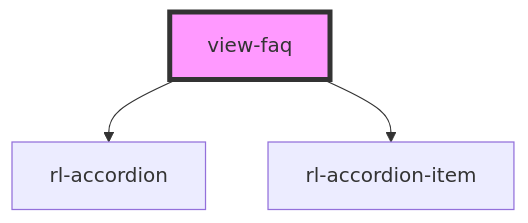
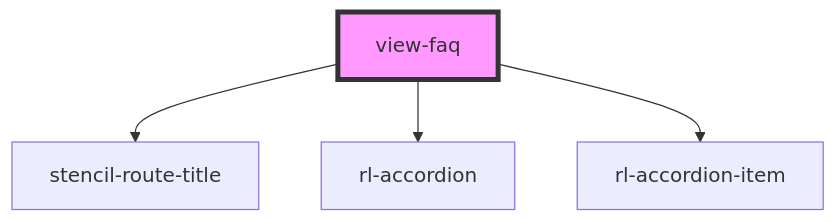
Before and after one commit to torontomulibrary/building-info-system: the diagram in src/views/view-faq/readme.md, drawn with Mermaid. The commit also changed other lines of this file and 11 other files, not shown here.

````diff
--- a/src/views/view-faq/readme.md
+++ b/src/views/view-faq/readme.md
@@ -38,6 +39,7 @@
 ```mermaid
 graph TD;
+  view-faq --> stencil-route-title
   view-faq --> rl-accordion
   view-faq --> rl-accordion-item
   style view-faq fill:#f9f,stroke:#333,stroke-width:4px
 ```
````
